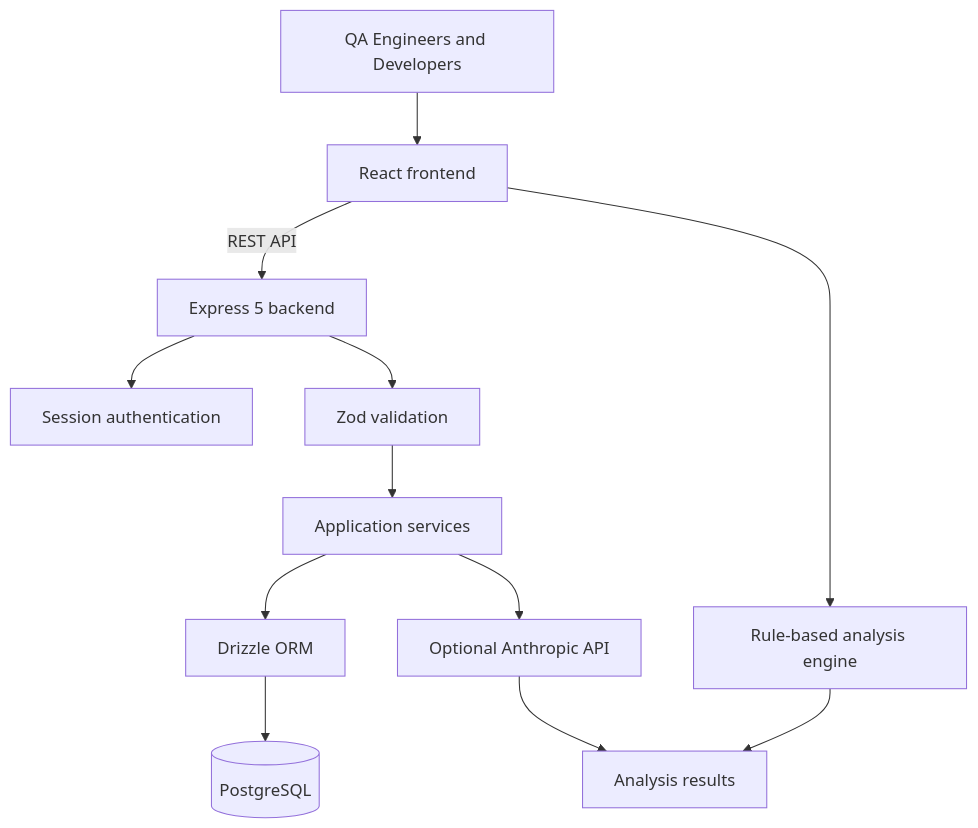
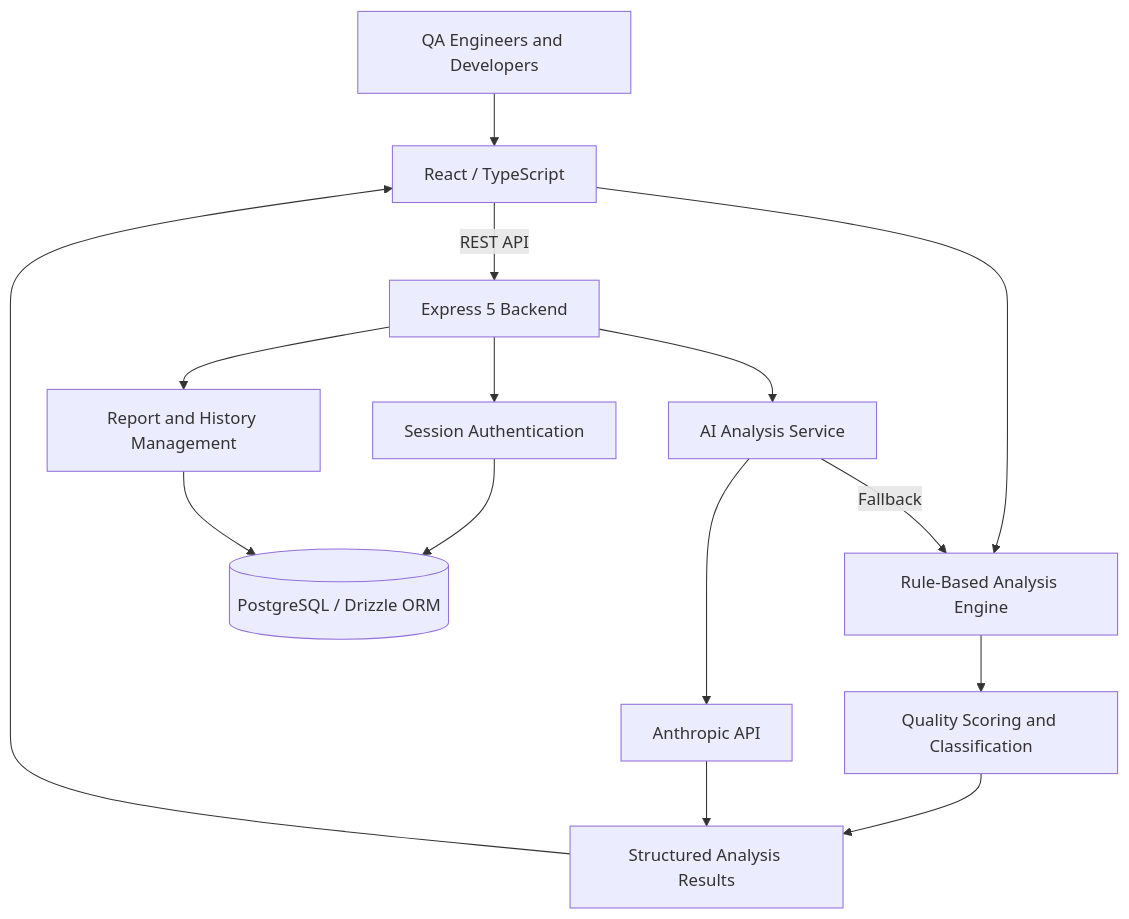
Before and after one commit to 9harshithp/BugLens-Defect-Quality-Checker: the second of 4 diagrams in README.md, drawn with Mermaid. The commit also changed other lines of this file, not shown here.

First line of the commit message:
Enhance README with system architecture diagrams

````diff
--- a/README.md
+++ b/README.md
@@ -272,14 +275,20 @@
 ```mermaid
-flowchart TD
-    U["QA Engineers and Developers"] --> F["React frontend"]
-    F --> R["Rule-based analysis engine"]
-    F -->|REST API| B["Express 5 backend"]
-    B --> A["Session authentication"]
-    B --> V["Zod validation"]
-    V --> L["Application services"]
-    L --> D["Drizzle ORM"]
-    D --> P[("PostgreSQL")]
-    L --> AI["Optional Anthropic API"]
-    R --> O["Analysis results"]
-    AI --> O
+flowchart TB
+    U["QA Engineers and Developers"] --> F["React / TypeScript"]
+    F --> E["Rule-Based Analysis Engine"]
+    F -->|REST API| B["Express 5 Backend"]
+
+    E --> R["Quality Scoring and Classification"]
+    R --> O["Structured Analysis Results"]
+
+    B --> A["Session Authentication"]
+    B --> P["Report and History Management"]
+    B --> AI["AI Analysis Service"]
+
+    A --> DB[("PostgreSQL / Drizzle ORM")]
+    P --> DB
+    AI --> C["Anthropic API"]
+    AI -->|Fallback| E
+    C --> O
+    O --> F
 ```
````
